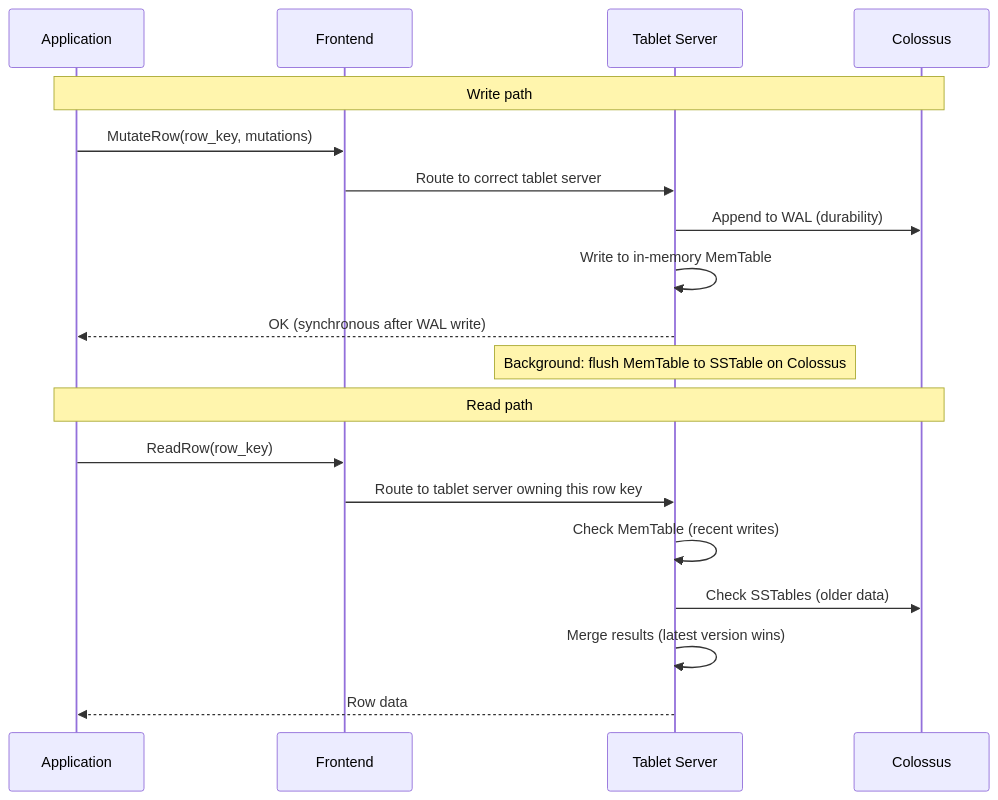
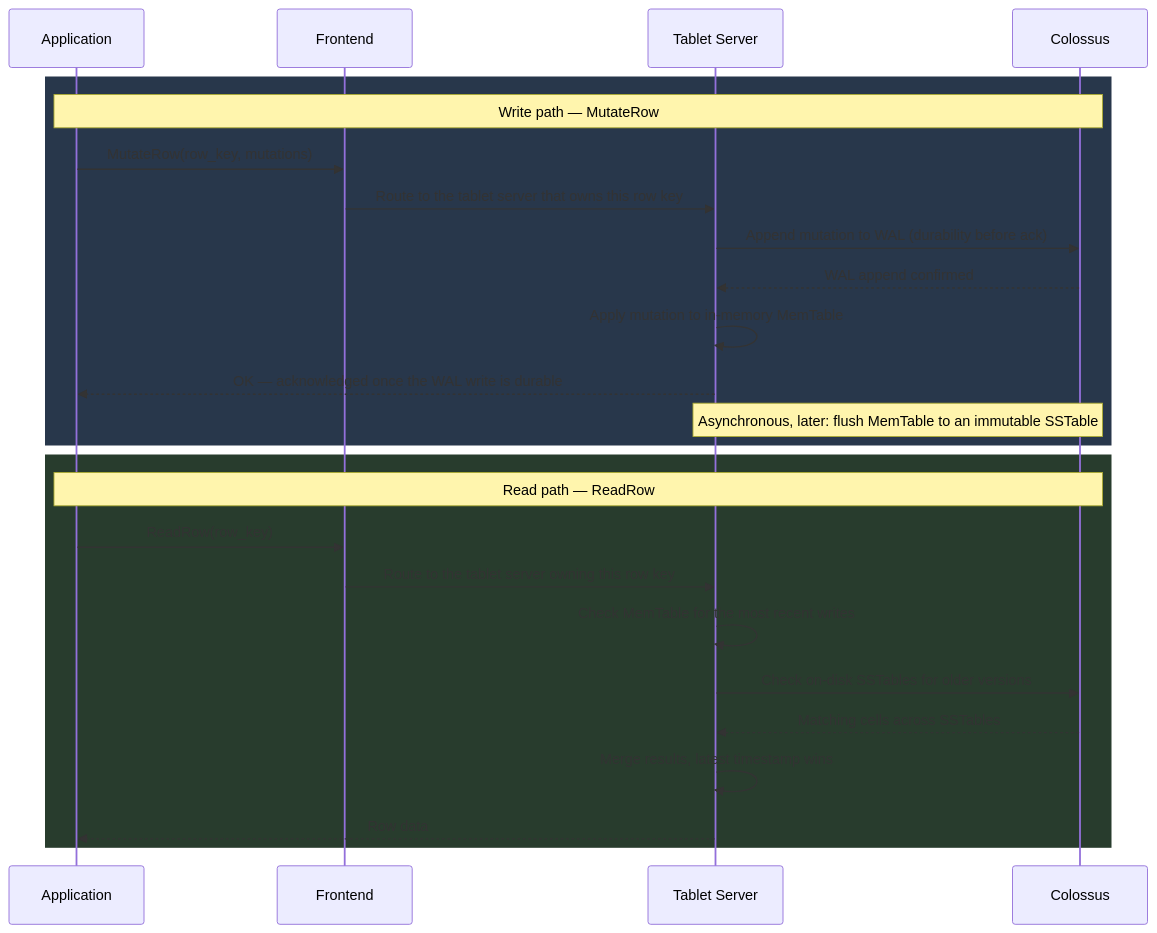
The third of 5 diagrams in gcp/bigtable.md (deepanshu-rawat6/DevOpsIndex), drawn with Mermaid before and after one commit. The commit also changed other lines of this file and 14 other files, not shown here.

````diff
--- a/gcp/bigtable.md
+++ b/gcp/bigtable.md
@@ -73,23 +138,29 @@
 ```mermaid
 sequenceDiagram
     participant APP as Application
     participant FE as Frontend
     participant TS as Tablet Server
     participant COL as Colossus
 
-    Note over APP,COL: Write path
+    rect rgb(40, 55, 75)
+    Note over APP,COL: Write path — MutateRow
     APP->>FE: MutateRow(row_key, mutations)
-    FE->>TS: Route to correct tablet server
-    TS->>COL: Append to WAL (durability)
-    TS->>TS: Write to in-memory MemTable
-    TS-->>APP: OK (synchronous after WAL write)
-    Note over TS: Background: flush MemTable to SSTable on Colossus
+    FE->>TS: Route to the tablet server that owns this row key
+    TS->>COL: Append mutation to WAL (durability before ack)
+    COL-->>TS: WAL append confirmed
+    TS->>TS: Apply mutation to in-memory MemTable
+    TS-->>APP: OK — acknowledged once the WAL write is durable
+    Note over TS,COL: Asynchronous, later: flush MemTable to an immutable SSTable
+    end
 
-    Note over APP,COL: Read path
+    rect rgb(40, 60, 45)
+    Note over APP,COL: Read path — ReadRow
     APP->>FE: ReadRow(row_key)
-    FE->>TS: Route to tablet server owning this row key
-    TS->>TS: Check MemTable (recent writes)
-    TS->>COL: Check SSTables (older data)
-    TS->>TS: Merge results (latest version wins)
+    FE->>TS: Route to the tablet server owning this row key
+    TS->>TS: Check MemTable for the most recent writes
+    TS->>COL: Check on-disk SSTables for older versions
+    COL-->>TS: Matching cells across SSTables
+    TS->>TS: Merge results, latest timestamp wins
     TS-->>APP: Row data
+    end
 ```
````
